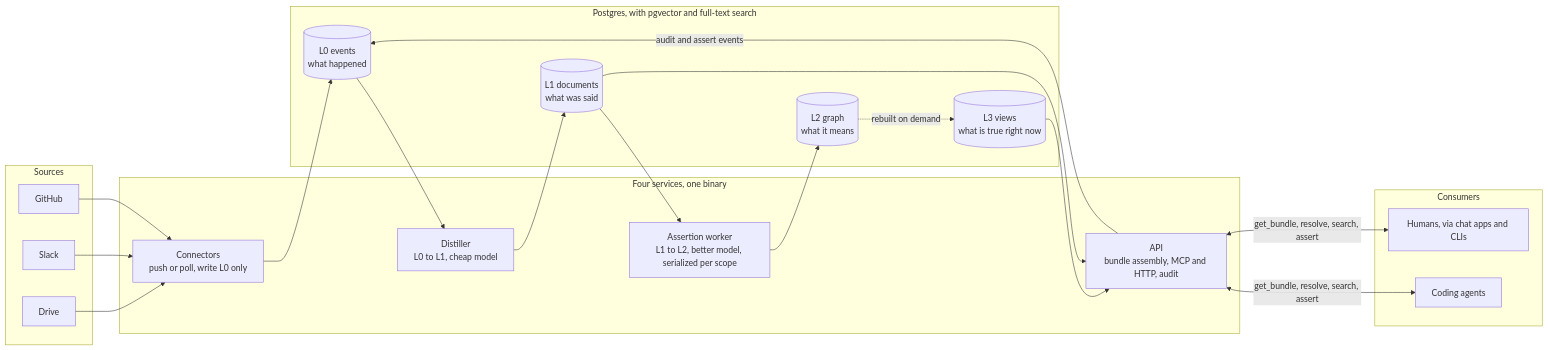
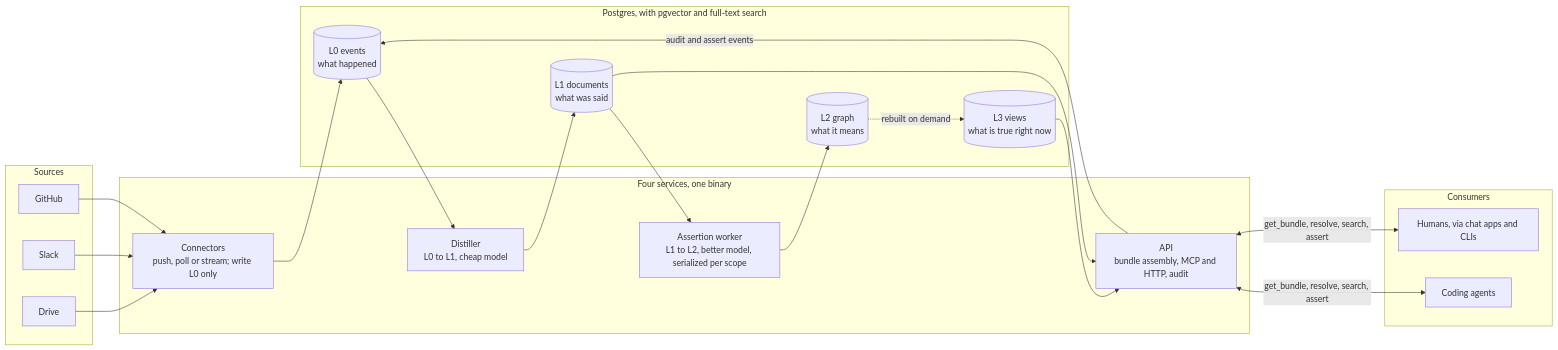
The diagram in README.md (kpenfound/hearsay), drawn with Mermaid before and after one commit. The commit also changed other lines of this file and 17 other files, not shown here.

````diff
--- a/README.md
+++ b/README.md
@@ -28,37 +28,37 @@
 ```mermaid
 flowchart LR
     subgraph sources["Sources"]
         GH["GitHub"]
         Slack["Slack"]
         Drive["Drive"]
     end
 
     subgraph services["Four services, one binary"]
-        C["Connectors<br/>push or poll, write L0 only"]
+        C["Connectors<br/>push, poll or stream; write L0 only"]
         D["Distiller<br/>L0 to L1, cheap model"]
         A["Assertion worker<br/>L1 to L2, better model, serialized per scope"]
         API["API<br/>bundle assembly, MCP and HTTP, audit"]
     end
 
     subgraph pg["Postgres, with pgvector and full-text search"]
         L0[("L0 events<br/>what happened")]
         L1[("L1 documents<br/>what was said")]
         L2[("L2 graph<br/>what it means")]
         L3[("L3 views<br/>what is true right now")]
     end
 
     subgraph consumers["Consumers"]
         Agent["Coding agents"]
         Human["Humans, via chat apps and CLIs"]
     end
 
     GH & Slack & Drive --> C
     C --> L0
     L0 --> D --> L1
     L1 --> A --> L2
     L2 -. "rebuilt on demand" .-> L3
     L3 --> API
     L1 --> API
     API -- "audit and assert events" --> L0
     API <-- "get_bundle, resolve, search, assert" --> Agent & Human
 ```
````
